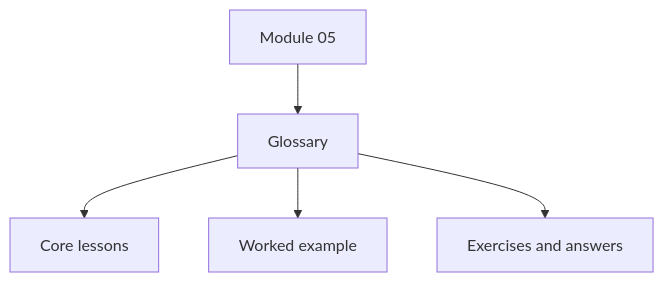
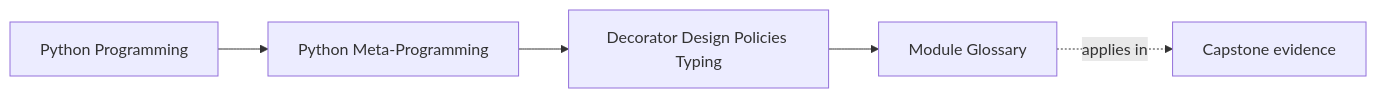
Before and after one commit to bijux/bijux-masterclass: the first of 2 diagrams in programs/python-programming/python-meta-programming/course-book/module-05-decorator-design-policies-typing/glossary.md, drawn with Mermaid. The commit also changed other lines of this file and 91 other files, not shown here.

Commit message:
docs(python-meta-programming): map advanced runtime and capstone surfaces

````diff
--- a/programs/python-programming/python-meta-programming/course-book/module-05-decorator-design-policies-typing/glossary.md
+++ b/programs/python-programming/python-meta-programming/course-book/module-05-decorator-design-policies-typing/glossary.md
@@ -6,7 +6,11 @@
 ```mermaid
-flowchart TD
-  directory["Module 05"] --> glossary["Glossary"]
-  glossary --> lessons["Core lessons"]
-  glossary --> example["Worked example"]
-  glossary --> practice["Exercises and answers"]
+graph LR
+  family["Python Programming"]
+  program["Python Meta-Programming"]
+  section["Decorator Design Policies Typing"]
+  page["Module Glossary"]
+  capstone["Capstone evidence"]
+
+  family --> program --> section --> page
+  page -.applies in.-> capstone
 ```
````
